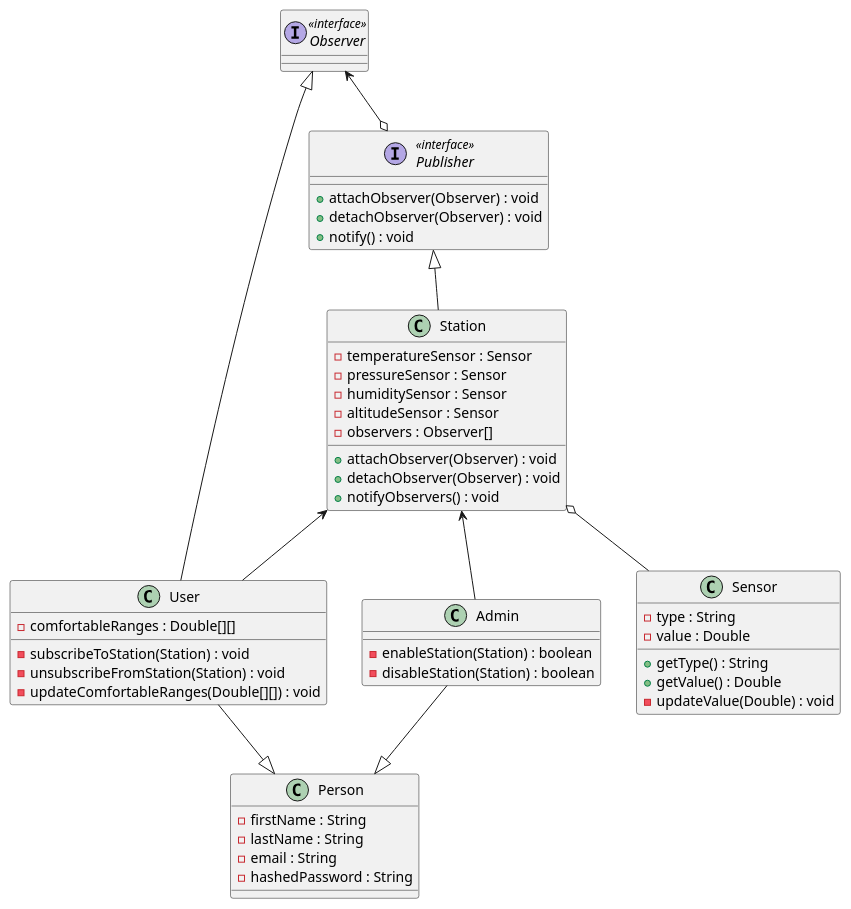
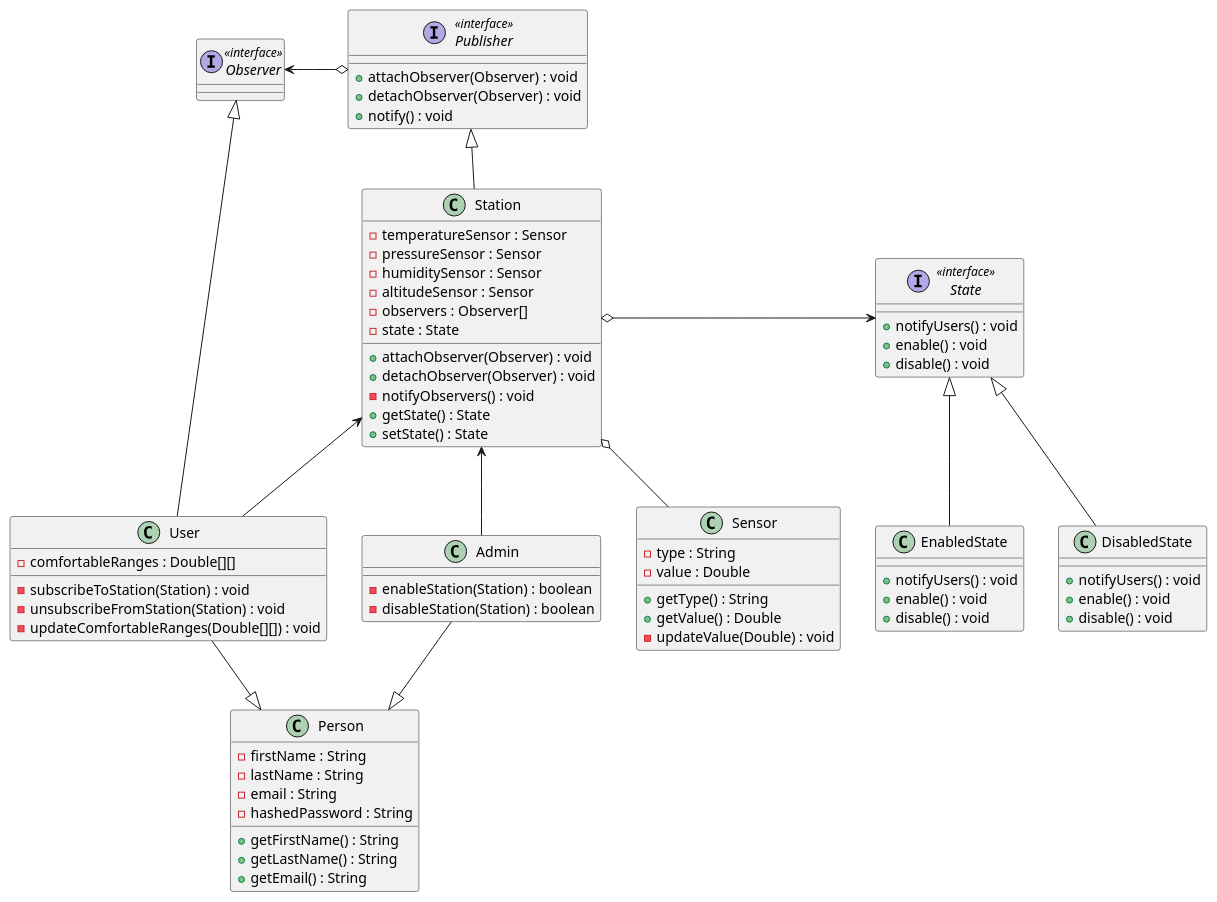
Before and after one commit to ooad-sv/semester-project-design: the diagram in diagrams/class/diagram.puml, drawn with PlantUML.

Commit message:
added state

```diff
--- a/diagrams/class/diagram.puml
+++ b/diagrams/class/diagram.puml
@@ -1,64 +1,93 @@
 @startuml
 
 
 interface Publisher <<interface>> {
     +attachObserver(Observer) : void
     +detachObserver(Observer) : void
     +notify() : void
 }
 
 interface Observer <<interface>> {
 }
 
 class Person {
     -firstName : String
     -lastName : String
     -email : String
     -hashedPassword : String
+    +getFirstName() : String
+    +getLastName() : String
+    +getEmail() : String
 }
 
 class User {
     -comfortableRanges : Double[][]
     -subscribeToStation(Station) : void
     -unsubscribeFromStation(Station) : void
     -updateComfortableRanges(Double[][]) : void
 }
 
 class Admin {
     -enableStation(Station) : boolean
     -disableStation(Station) : boolean
 }
 
 class Sensor {
     -type : String
     -value : Double
     +getType() : String
     +getValue() : Double
     -updateValue(Double) : void
 }
 
 class Station {
     -temperatureSensor : Sensor
     -pressureSensor : Sensor
     -humiditySensor : Sensor
     -altitudeSensor : Sensor
     -observers : Observer[]
+    -state : State
     +attachObserver(Observer) : void
     +detachObserver(Observer) : void
-    +notifyObservers() : void
+    -notifyObservers() : void
+    +getState() : State
+    +setState() : State
+}
+
+interface State <<interface>> {
+    +notifyUsers() : void
+    +enable() : void
+    +disable() : void
+}
+
+class EnabledState {
+    +notifyUsers() : void
+    +enable() : void
+    +disable() : void
+}
+
+class DisabledState {
+    +notifyUsers() : void
+    +enable() : void
+    +disable() : void
 }
 
 User --|> Person
 Admin --|> Person
 
 Station o-- Sensor
 
 Publisher <|-- Station
-Observer <|-- User
+Observer <|--- User
 
-Observer <--o Publisher
+Observer <-o Publisher
 
 Station <-- User
 Station <-- Admin
 
+State <|-- EnabledState
+State <|-- DisabledState
+
+Station o-> State
+
 @enduml
```
